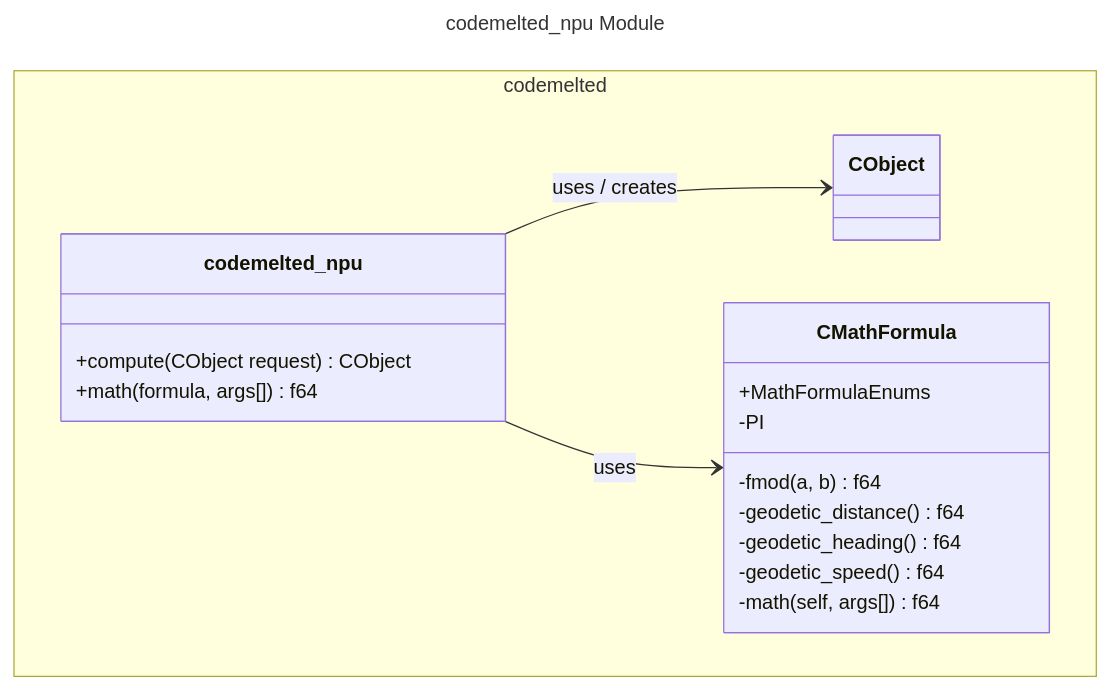
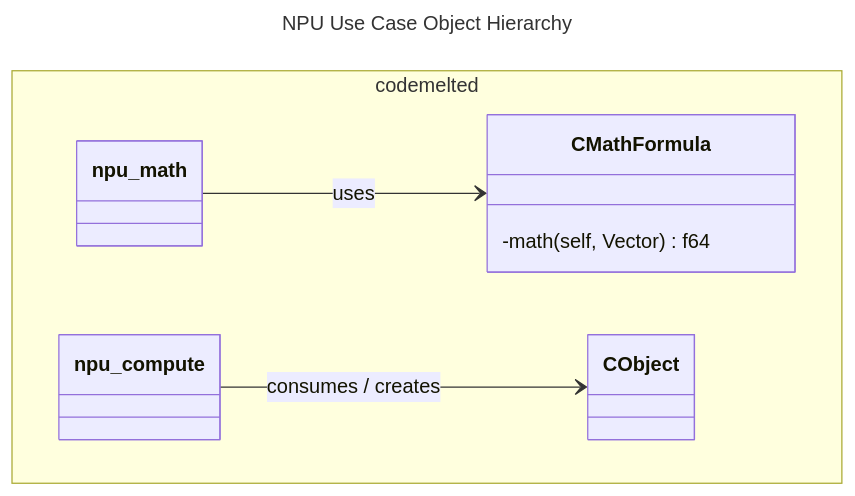
Before and after one commit to CodeMelted/codemelted_developer: the diagram in codemelted_rust/models/codemelted_npu.mmd, drawn with Mermaid. The commit also changed 46 other files, not shown here.

```diff
--- a/codemelted_rust/models/codemelted_npu.mmd
+++ b/codemelted_rust/models/codemelted_npu.mmd
@@ -1,23 +1,15 @@
 ---
-title: codemelted_npu Module
+title: NPU Use Case Object Hierarchy
 ---
 classDiagram
   direction TB
   namespace codemelted {
+    class CMathFormula {
+      -math(self, Vector) f64
+    }
+    class npu_compute
+    class npu_math
     class CObject
-    class codemelted_npu {
-      +compute(CObject request) CObject
-      +math(formula, args[]) f64
-    }
-    class CMathFormula {
-      +MathFormulaEnums
-      -PI
-      -fmod(a, b) f64
-      -geodetic_distance() f64
-      -geodetic_heading() f64
-      -geodetic_speed() f64
-      -math(self, args[]) f64
-    }
   }
-  codemelted_npu --> CMathFormula : uses
-  codemelted_npu --> CObject : uses / creates
+  npu_compute --> CObject: consumes / creates
+  npu_math --> CMathFormula: uses
```
